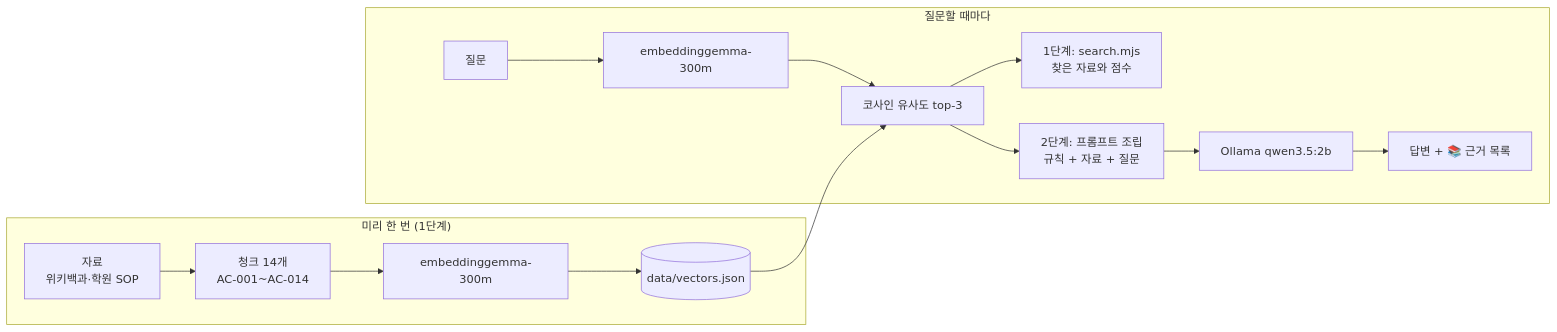
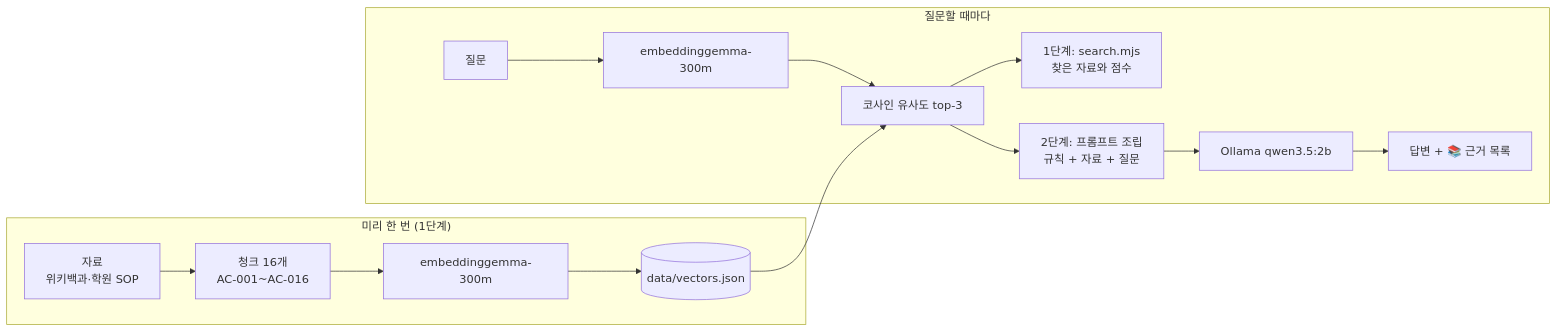
The diagram in README.md (daum0809/moduassign), drawn with Mermaid before and after one commit. The commit also changed other lines of this file and 16 other files, not shown here.

````diff
--- a/README.md
+++ b/README.md
@@ -12,17 +12,17 @@
 ```mermaid
 flowchart LR
     subgraph 준비["미리 한 번 (1단계)"]
-        D["자료<br/>위키백과·학원 SOP"] --> C["청크 14개<br/>AC-001~AC-014"]
+        D["자료<br/>위키백과·학원 SOP"] --> C["청크 16개<br/>AC-001~AC-016"]
         C --> E1["embeddinggemma-300m"]
         E1 --> V[("data/vectors.json")]
     end
     subgraph 질문할때["질문할 때마다"]
         Q["질문"] --> E2["embeddinggemma-300m"]
         E2 --> S["코사인 유사도 top-3"]
         V --> S
         S --> SHOW["1단계: search.mjs<br/>찾은 자료와 점수"]
         S --> P["2단계: 프롬프트 조립<br/>규칙 + 자료 + 질문"]
         P --> L["Ollama qwen3.5:2b"]
         L --> A["답변 + 📚 근거 목록"]
     end
 ```
````
